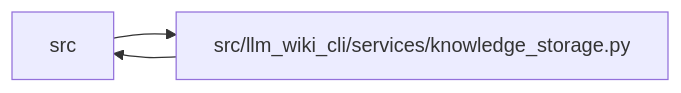
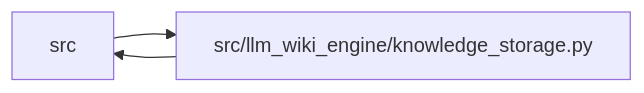
Before and after one commit to Denissvgn/python-wiki-llm: the diagram in docs/llm_wiki/modules/knowledge_storage.md, drawn with Mermaid. The commit also changed other lines of this file and 1058 other files, not shown here.

First line of the commit message:
docs: refresh the wiki for the knowledge store move

````diff
--- a/docs/llm_wiki/modules/knowledge_storage.md
+++ b/docs/llm_wiki/modules/knowledge_storage.md
@@ -39,8 +39,8 @@
 ```mermaid
 flowchart LR
     n0["src"]
-    n1["src/llm_wiki_cli/services/knowledge_storage.py"]
+    n1["src/llm_wiki_engine/knowledge_storage.py"]
     n0 --> n1
     n1 --> n0
     click n1 "../modules/knowledge_storage.md"
 ```
````
